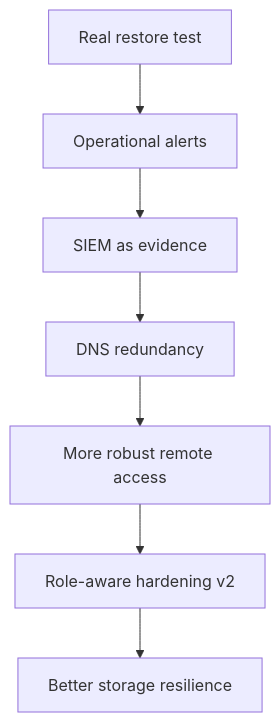
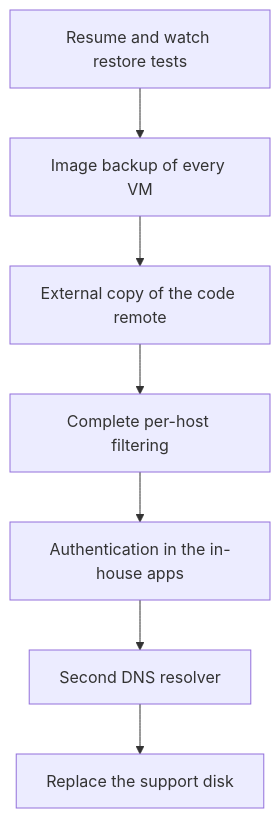
One commit to Nicolasperaltait/homelab changed the second of 2 diagrams in docs/en/06-observability-and-roadmap.md. Above: the diagram before and after it, drawn with Mermaid. The commit also changed other lines of this file and 16 other files, not shown here.

````diff
--- a/docs/en/06-observability-and-roadmap.md
+++ b/docs/en/06-observability-and-roadmap.md
@@ -95,9 +111,9 @@
 ```mermaid
 flowchart TD
-    A[Real restore test] --> B[Operational alerts]
-    B --> C[SIEM as evidence]
-    C --> D[DNS redundancy]
-    D --> E[More robust remote access]
-    E --> F[Role-aware hardening v2]
-    F --> G[Better storage resilience]
+    A[Resume and watch restore tests] --> B[Image backup of every VM]
+    B --> C[External copy of the code remote]
+    C --> D[Complete per-host filtering]
+    D --> E[Authentication in the in-house apps]
+    E --> F[Second DNS resolver]
+    F --> G[Replace the support disk]
 ```
````
